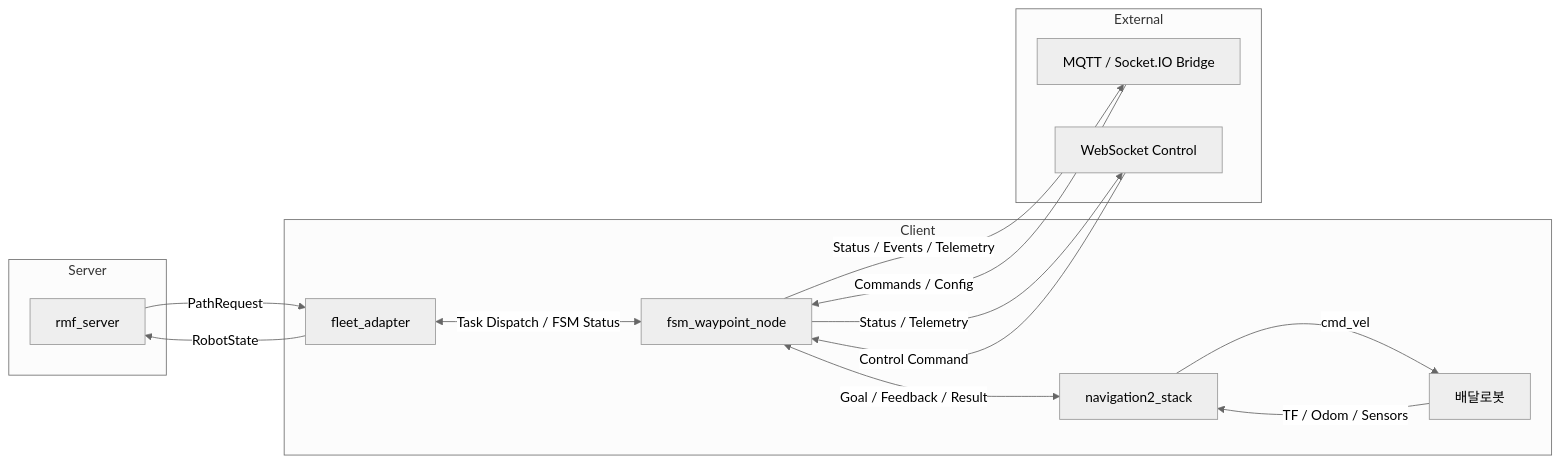
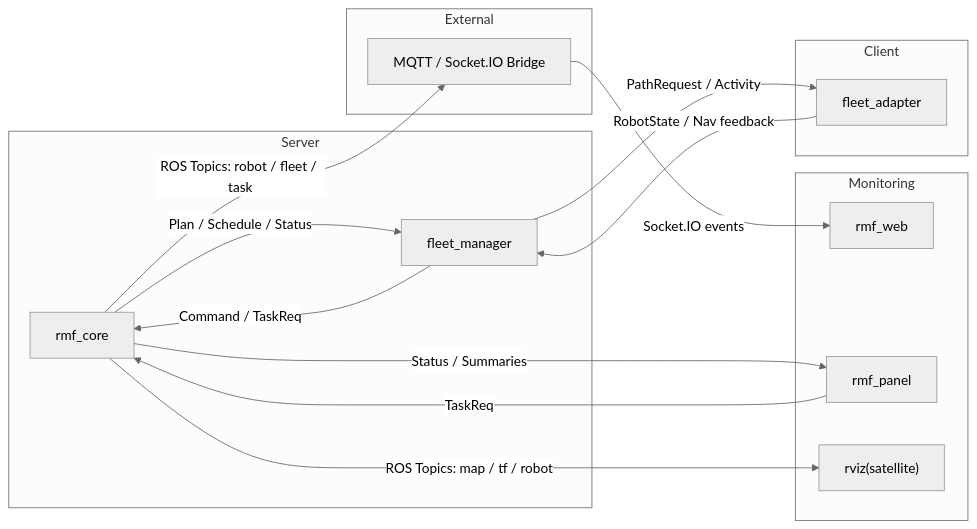
The diagram in README.md (DeveloperKSH/Open-RMF_DeliveryRobot), drawn with Mermaid (neutral theme) before and after one commit.

Commit message:
md file update

````diff
--- a/README.md
+++ b/README.md
@@ -51,42 +51,42 @@
 ```mermaid
 flowchart LR
-  %% ==== Subgraphs ====
-  subgraph S[Server]
-    rmf_server[rmf_server]
+  %% ----- Server Core -----
+  subgraph Core["Server"]
+    rmfcore["rmf_core"]
+    fm["fleet_manager"]
   end
 
-  subgraph C[Client]
-    fleet_adapter[fleet_adapter]
-    fsm[fsm_waypoint_node]
-    nav2[navigation2_stack]
-    robot[배달로봇]
+  %% ----- External (robot viewpoint) -----
+  subgraph Ext["External"]
+    bridge["MQTT / Socket.IO Bridge"]
   end
 
-  subgraph E[External]
-    bridge[MQTT / Socket.IO Bridge]
-    ws[WebSocket Control]
+  %% ----- Monitoring -----
+  subgraph Mon["Monitoring"]
+    dash["rmf_web"]
+    panel["rmf_panel"]
+    rviz["rviz(satellite)"]
   end
 
-  %% ==== Server <-> Client (Adapter) ====
-  rmf_server -->|PathRequest| fleet_adapter
-  fleet_adapter -->|RobotState| rmf_server
+  %% ----- Robot Clients -----
+  subgraph Clients["Client"]
+    adapter["fleet_adapter"]
+  end
 
-  %% ==== Adapter <-> FSM ====
-  fleet_adapter <-->|Task Dispatch / FSM Status| fsm
+  %% Server internals (양방향: 서로 다른 라벨로 분리)
+  fm -->|Command / TaskReq| rmfcore
+  rmfcore -->|Plan / Schedule / Status| fm
 
-  %% ==== FSM <-> Nav2 (ROS 2 Action) ====
-  fsm <-->|Goal / Feedback / Result| nav2
+  %% Core ↔ External (주로 코어 -> 브리지)
+  rmfcore -->|ROS Topics: robot / fleet / task| bridge
 
-  %% ==== Nav2 <-> Robot (저수준 제어/센서) ====
-  nav2 -->|cmd_vel| robot
-  robot -->|TF / Odom / Sensors| nav2
+  %% Monitoring
+  bridge -->|Socket.IO events| dash          
+  panel -->|TaskReq| rmfcore                 
+  rmfcore -->|Status / Summaries| panel      
+  rmfcore -->|ROS Topics: map / tf / robot| rviz   
 
-  %% ==== FSM <-> External ====
-  %% WebSocket
-  ws -->|Control Command| fsm
-  fsm -->|Status / Telemetry| ws
-
-  %% MQTT / Socket.IO Bridge
-  bridge -->|Commands / Config| fsm
-  fsm -->|Status / Events / Telemetry| bridge
+  %% Server ↔ Robot
+  fm -->|PathRequest / Activity| adapter
+  adapter -->|RobotState / Nav feedback| fm
 ```
````
